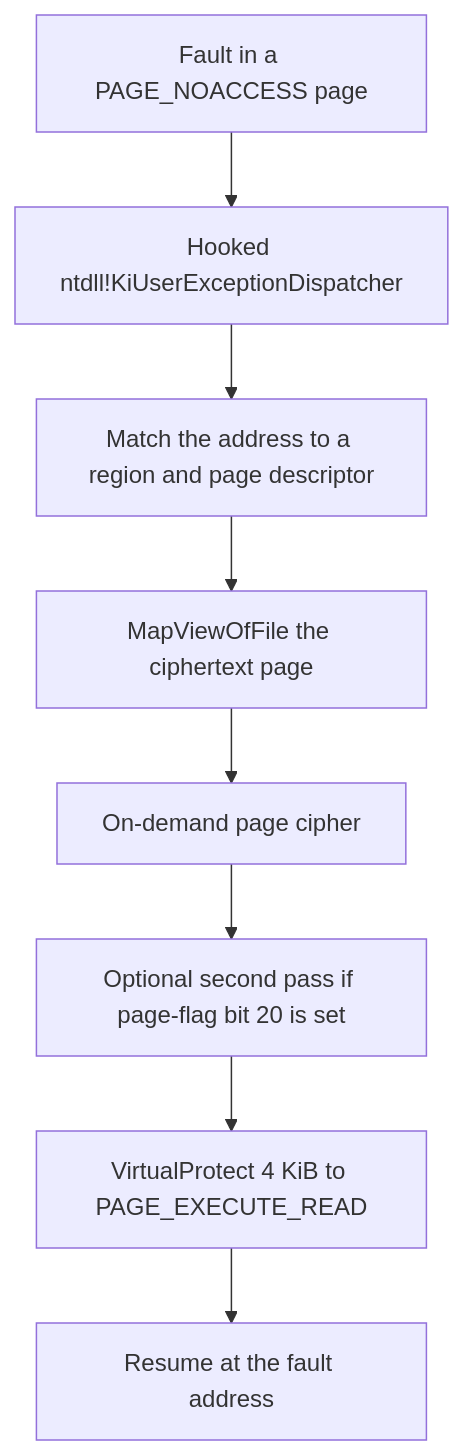
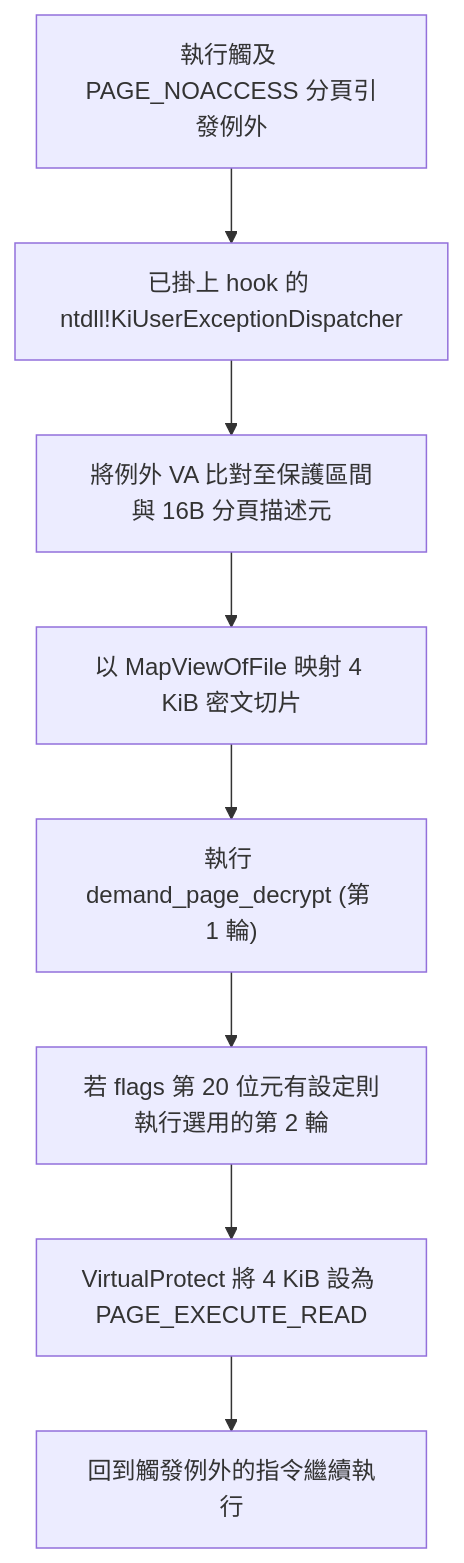
Before and after one commit to Momoko-Ayase/crackproof-research: the diagram in internals/windows/zh-tw/runtime/page-protection.md, drawn with Mermaid. The commit also changed other lines of this file and 446 other files, not shown here.

````diff
--- a/internals/windows/zh-tw/runtime/page-protection.md
+++ b/internals/windows/zh-tw/runtime/page-protection.md
@@ -25,10 +20,10 @@
 ```mermaid
 flowchart TD
-    A["Fault in a PAGE_NOACCESS page"] --> B["Hooked ntdll!KiUserExceptionDispatcher"]
-    B --> C["Match the address to a region and page descriptor"]
-    C --> D["MapViewOfFile the ciphertext page"]
-    D --> E["On-demand page cipher"]
-    E --> F["Optional second pass if page-flag bit 20 is set"]
-    F --> G["VirtualProtect 4 KiB to PAGE_EXECUTE_READ"]
-    G --> H["Resume at the fault address"]
+    A["執行觸及 PAGE_NOACCESS 分頁引發例外"] --> B["已掛上 hook 的 ntdll!KiUserExceptionDispatcher"]
+    B --> C["將例外 VA 比對至保護區間與 16B 分頁描述元"]
+    C --> D["以 MapViewOfFile 映射 4 KiB 密文切片"]
+    D --> E["執行 demand_page_decrypt (第 1 輪)"]
+    E --> F["若 flags 第 20 位元有設定則執行選用的第 2 輪"]
+    F --> G["VirtualProtect 將 4 KiB 設為 PAGE_EXECUTE_READ"]
+    G --> H["回到觸發例外的指令繼續執行"]
 ```
````
